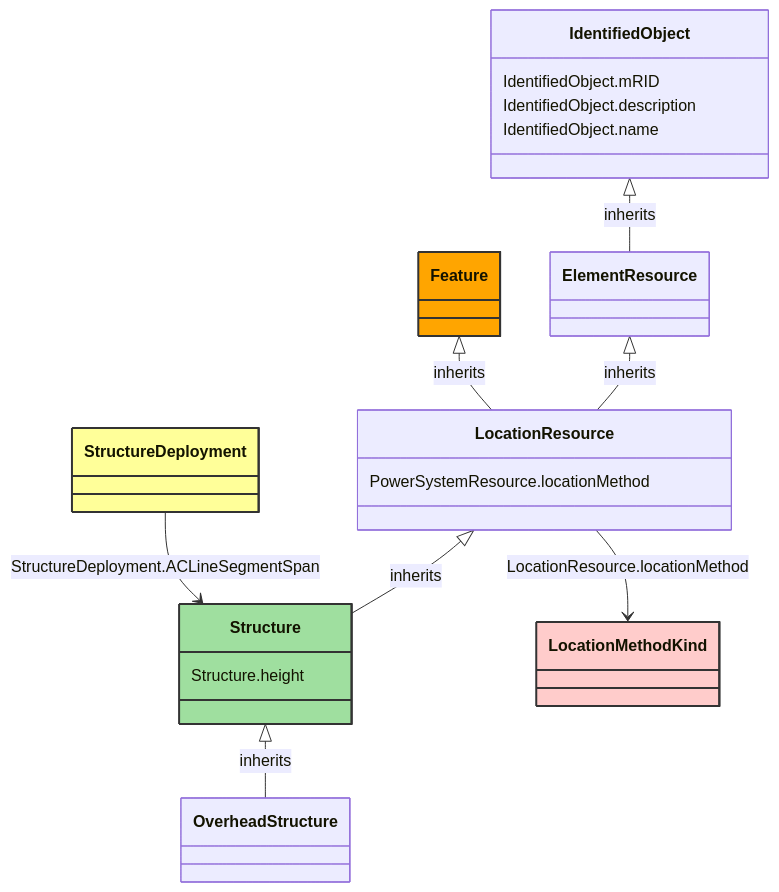
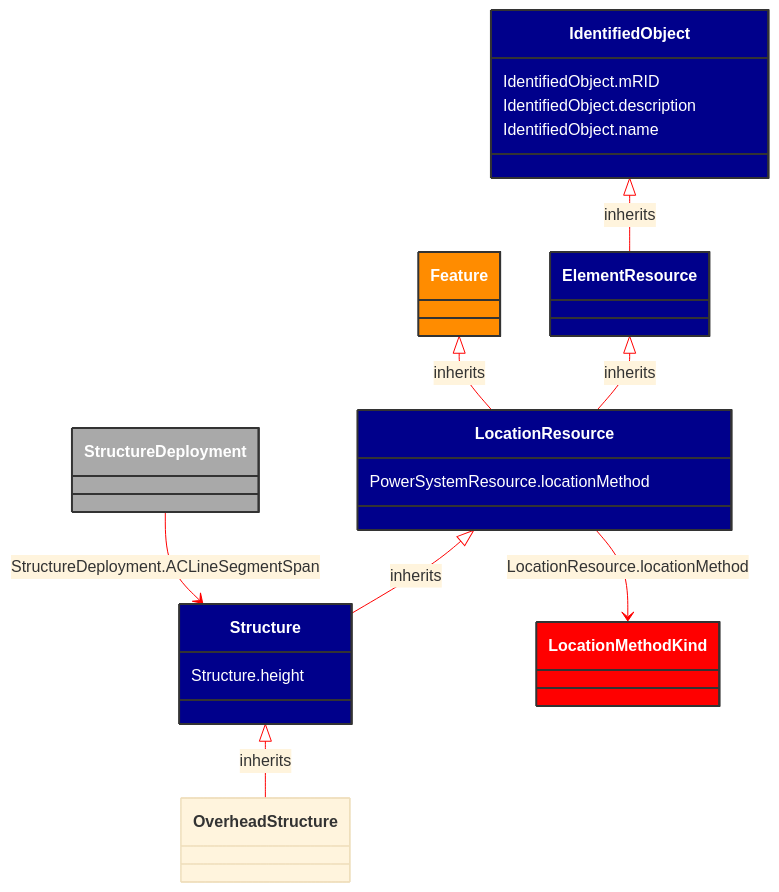
The diagram in docs/Models/Profiles/AviationObstacle/AbstractClasses/Structure.md (3lbits/NoCIMExtensions), drawn with Mermaid before and after one commit. The commit also changed 58 other files, not shown here.

````diff
--- a/docs/Models/Profiles/AviationObstacle/AbstractClasses/Structure.md
+++ b/docs/Models/Profiles/AviationObstacle/AbstractClasses/Structure.md
@@ -10,49 +10,50 @@
 ```mermaid
+%%{init: {'theme':'base','themeVariables': {'lineColor': '#FF0000'}}}%%
 classDiagram
     class Structure
     click Structure href "/Models/Profiles/AviationObstacle/AbstractClasses/Structure/"
-    style Structure fill:#9fdf9f,stroke:#333,stroke-width:2px,rx:10,ry:10
+    style Structure fill:#006400,stroke:#333,stroke-width:2px,rx:10,ry:10,color:white
 
         Structure <|-- OverheadStructure : inherits
             click Structure href "/Models/Profiles/AviationObstacle/AbstractClasses/Structure/"
-            style Structure rx:10,ry:10
+            style Structure fill:#00008B,stroke:#333,stroke-width:2px,rx:10,ry:10,color:white
 
         OverheadStructure
             click OverheadStructure href "/Models/Profiles/AviationObstacle/ConcreteClasses/OverheadStructure/"
-            style OverheadStructure rx:10,ry:10
+            style Structure fill:#00008B,stroke:#333,stroke-width:2px,rx:10,ry:10,color:white
 
         LocationResource <|-- Structure : inherits
             click LocationResource href "/Models/Profiles/AviationObstacle/AbstractClasses/LocationResource/"
-            style LocationResource rx:10,ry:10
+            style LocationResource fill:#00008B,stroke:#333,stroke-width:2px,rx:10,ry:10,color:white
 
         ElementResource <|-- LocationResource : inherits
             click ElementResource href "/Models/Profiles/AviationObstacle/AbstractClasses/ElementResource/"
-            style ElementResource rx:10,ry:10
+            style ElementResource fill:#00008B,stroke:#333,stroke-width:2px,rx:10,ry:10,color:white
 
         IdentifiedObject <|-- ElementResource : inherits
             click IdentifiedObject href "/Models/Profiles/AviationObstacle/AbstractClasses/IdentifiedObject/"
-            style IdentifiedObject rx:10,ry:10
+            style IdentifiedObject fill:#00008B,stroke:#333,stroke-width:2px,rx:10,ry:10,color:white
 
         Feature <|-- LocationResource : inherits
             click Feature href "/Models/Profiles/AviationObstacle/ConcreteClasses/Feature/"
-            style Feature fill:#FFA500,stroke:#333,stroke-width:2px,rx:10,ry:10
+            style Feature fill:#FF8C00,stroke:#333,stroke-width:2px,rx:10,ry:10,color:white
 
 
         StructureDeployment --> Structure : StructureDeployment.ACLineSegmentSpan
 
         StructureDeployment
             click StructureDeployment href "/Models/Profiles/AviationObstacle/ConcreteClasses/StructureDeployment/"
-            style StructureDeployment fill:#ffff99,stroke:#333,stroke-width:2px,rx:10,ry:10
+            style StructureDeployment fill:#A9A9A9,stroke:#333,stroke-width:2px,rx:10,ry:10,color:white
 
         LocationResource --> LocationMethodKind : LocationResource.locationMethod
 
         LocationMethodKind
             click LocationMethodKind href "/Models/Profiles/AviationObstacle/Enumerations/LocationMethodKind/"
-            style LocationMethodKind fill:#FFCCCB,stroke:#333,stroke-width:2px,rx:10,ry:10
+            style LocationMethodKind fill:#FF0000,stroke:#333,stroke-width:2px,rx:10,ry:10,color:white
 
         Structure : Structure.height
         LocationResource : PowerSystemResource.locationMethod
         IdentifiedObject : IdentifiedObject.mRID
         IdentifiedObject : IdentifiedObject.description
         IdentifiedObject : IdentifiedObject.name
 ```
````
